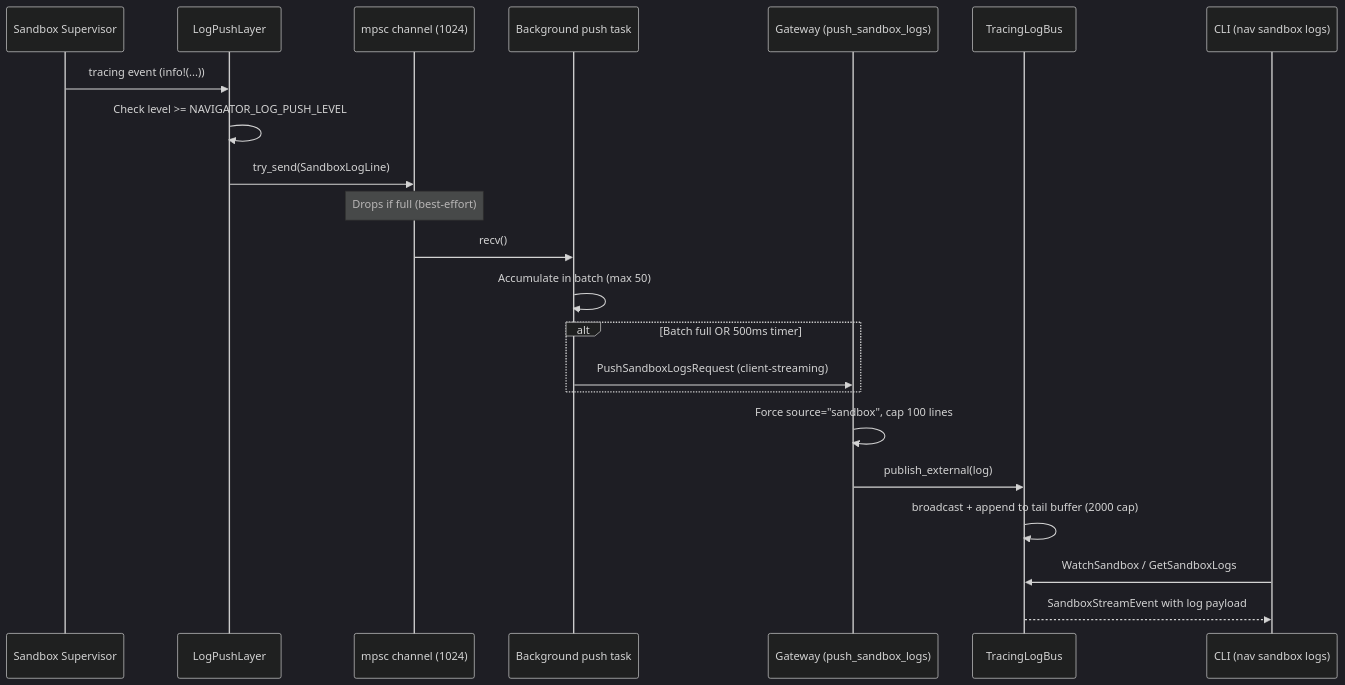
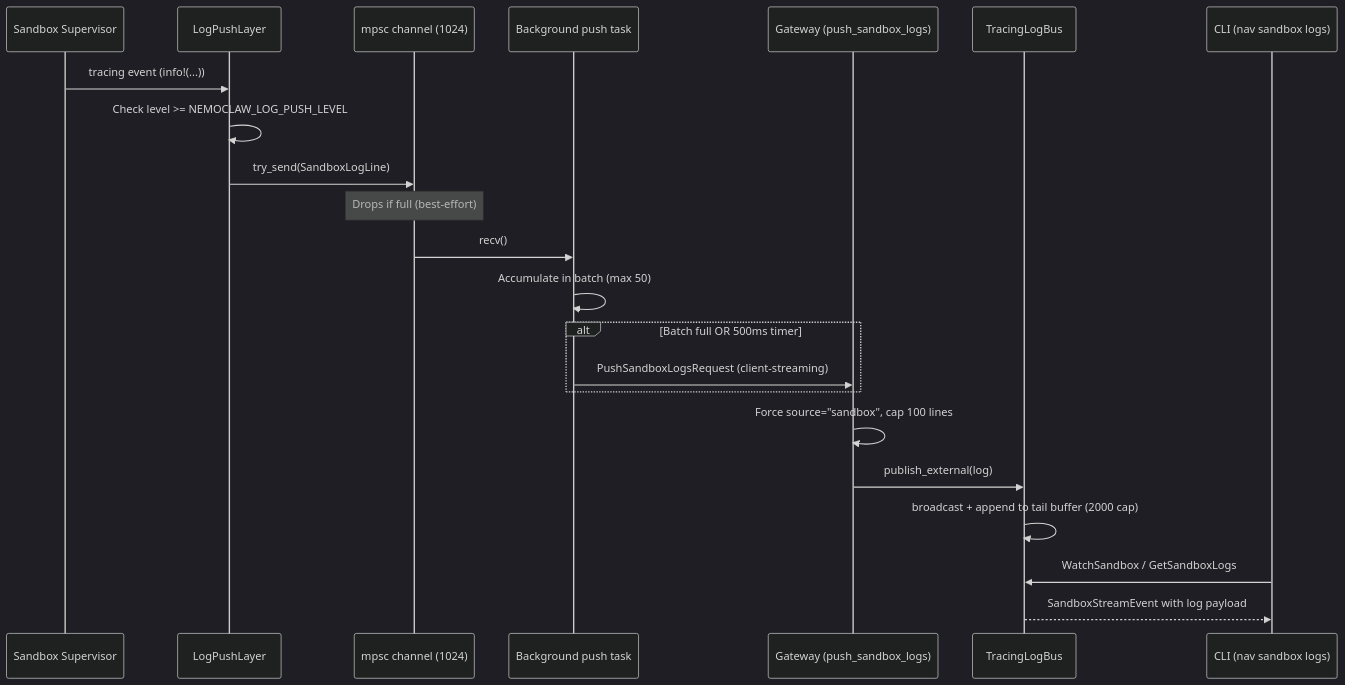
One commit to NVIDIA/OpenShell changed the tenth of 10 diagrams in architecture/sandbox.md. Above: the diagram before and after it, drawn with Mermaid (dark theme). The commit also changed other lines of this file and 93 other files, not shown here.

````diff
--- a/architecture/sandbox.md
+++ b/architecture/sandbox.md
@@ -1329,25 +1329,25 @@
 ```mermaid
 sequenceDiagram
     participant SB as Sandbox Supervisor
     participant LP as LogPushLayer
     participant CH as mpsc channel (1024)
     participant BG as Background push task
     participant GW as Gateway (push_sandbox_logs)
     participant TB as TracingLogBus
     participant CL as CLI (nav sandbox logs)
 
     SB->>LP: tracing event (info!(...))
-    LP->>LP: Check level >= NAVIGATOR_LOG_PUSH_LEVEL
+    LP->>LP: Check level >= NEMOCLAW_LOG_PUSH_LEVEL
     LP->>CH: try_send(SandboxLogLine)
     Note over CH: Drops if full (best-effort)
     CH->>BG: recv()
     BG->>BG: Accumulate in batch (max 50)
     alt Batch full OR 500ms timer
         BG->>GW: PushSandboxLogsRequest (client-streaming)
     end
     GW->>GW: Force source="sandbox", cap 100 lines
     GW->>TB: publish_external(log)
     TB->>TB: broadcast + append to tail buffer (2000 cap)
     CL->>TB: WatchSandbox / GetSandboxLogs
     TB-->>CL: SandboxStreamEvent with log payload
 ```
````
